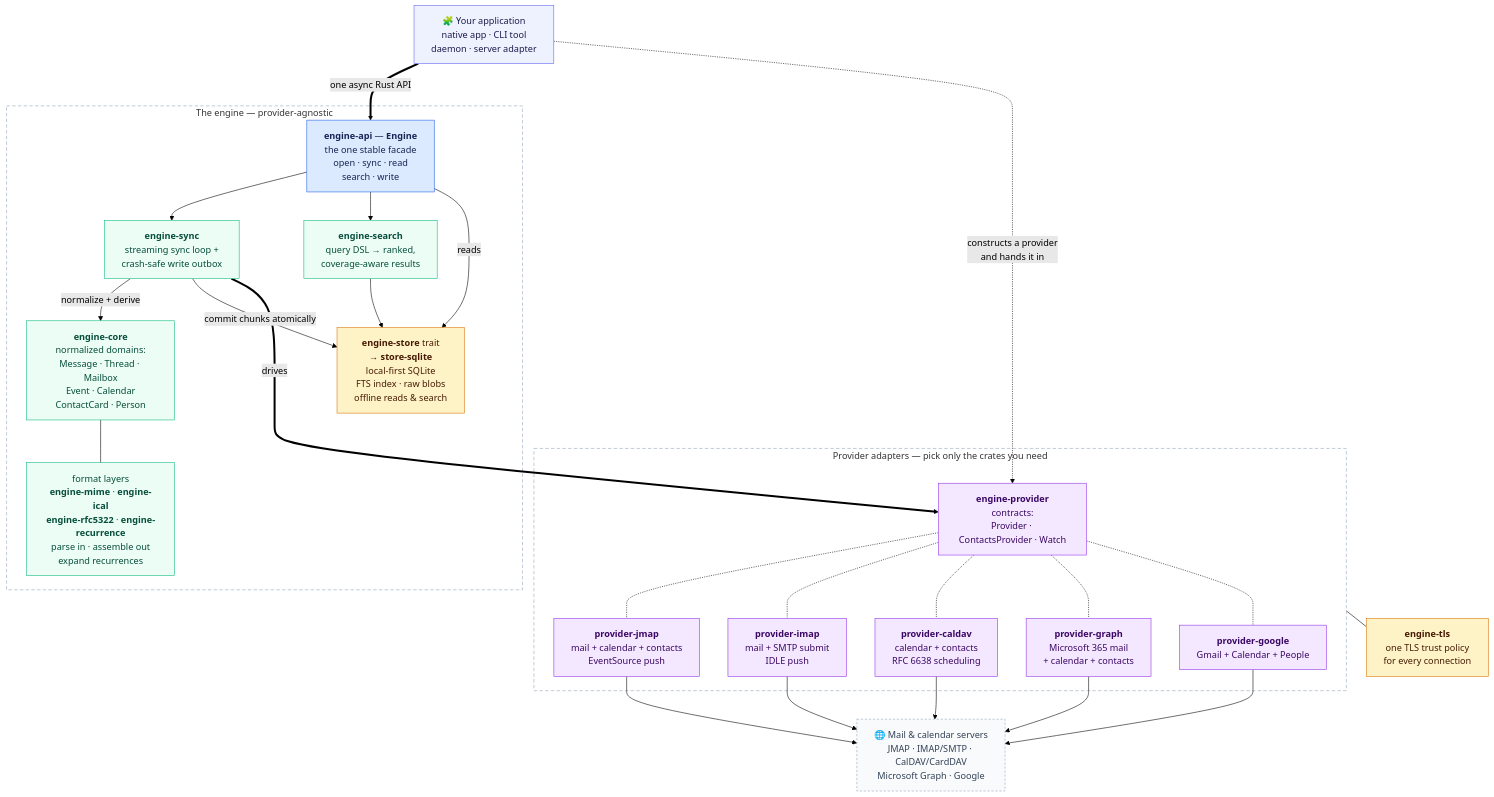
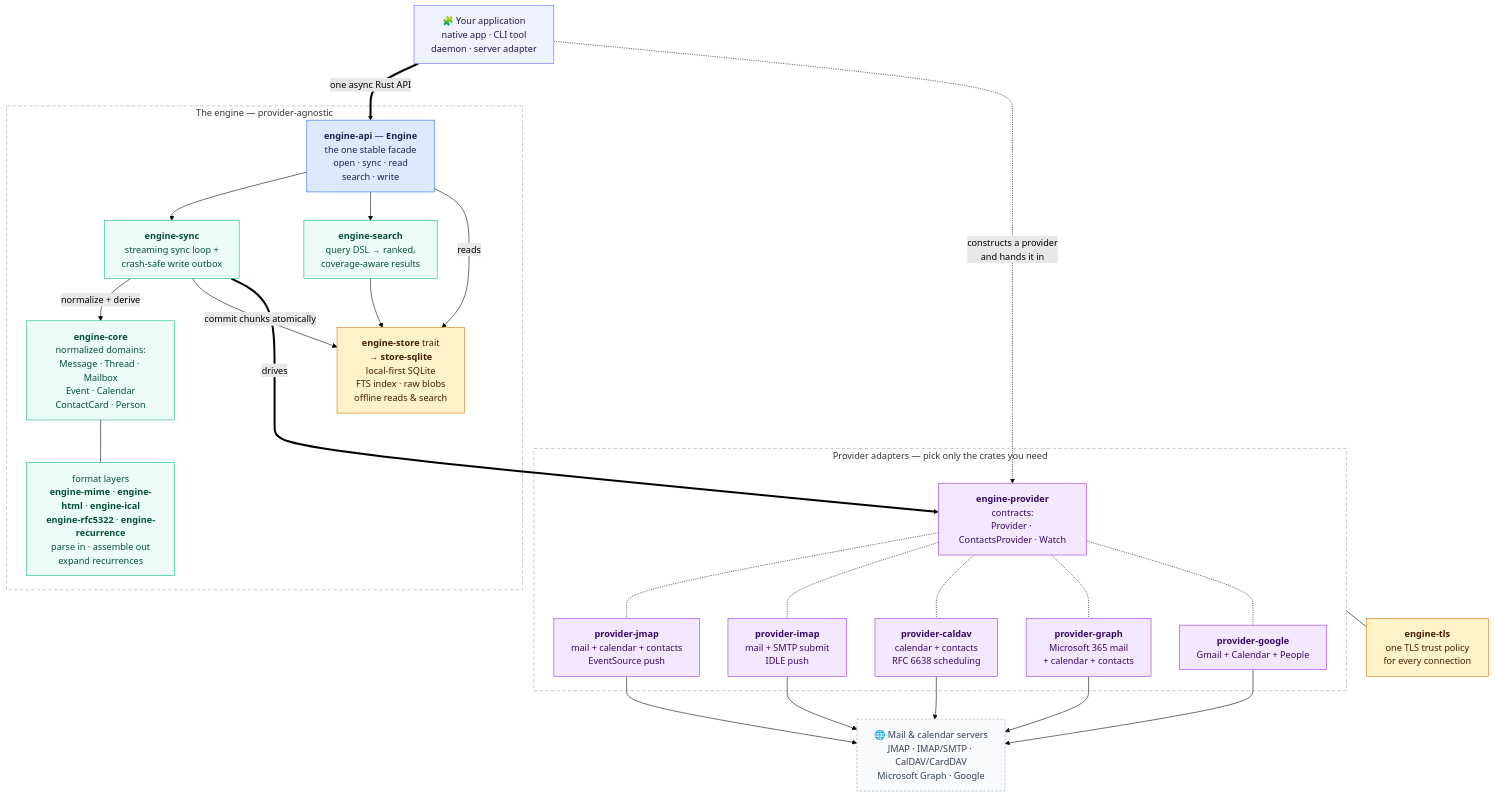
The first of 3 diagrams in README.md (allodia-eu/email-calendar-sync-engine), drawn with Mermaid (forest theme) before and after one commit. The commit also changed other lines of this file and 32 other files, not shown here.

First line of the commit message:
Sanitise mail HTML in the engine, for every host (#354)

````diff
--- a/README.md
+++ b/README.md
@@ -189,66 +189,66 @@
 ```mermaid
 flowchart TD
     HOST["🧩 Your application<br/>native app · CLI tool<br/>daemon · server adapter"]
 
     HOST ==>|"one async Rust API"| API
     HOST -.->|"constructs a provider<br/>and hands it in"| TRAIT
 
     subgraph ENGINE["The engine — provider-agnostic"]
         API["<b>engine-api</b> — <b>Engine</b><br/>the one stable facade<br/>open · sync · read<br/>search · write"]
         SYNC["<b>engine-sync</b><br/>streaming sync loop +<br/>crash-safe write outbox"]
         SEARCH["<b>engine-search</b><br/>query DSL → ranked,<br/>coverage-aware results"]
         MODEL["<b>engine-core</b><br/>normalized domains:<br/>Message · Thread · Mailbox<br/>Event · Calendar<br/>ContactCard · Person"]
-        FORMATS["format layers<br/><b>engine-mime</b> · <b>engine-ical</b><br/><b>engine-rfc5322</b> · <b>engine-recurrence</b><br/>parse in · assemble out<br/>expand recurrences"]
+        FORMATS["format layers<br/><b>engine-mime</b> · <b>engine-html</b> · <b>engine-ical</b><br/><b>engine-rfc5322</b> · <b>engine-recurrence</b><br/>parse in · assemble out<br/>expand recurrences"]
         STORE["<b>engine-store</b> trait<br/>→ <b>store-sqlite</b><br/>local-first SQLite<br/>FTS index · raw blobs<br/>offline reads &amp; search"]
 
         API --> SYNC
         API --> SEARCH
         API -->|reads| STORE
         SYNC -->|normalize + derive| MODEL
         SYNC -->|commit chunks atomically| STORE
         SEARCH --> STORE
         MODEL --- FORMATS
     end
 
     subgraph ADAPTERS["Provider adapters — pick only the crates you need"]
         TRAIT["<b>engine-provider</b><br/>contracts:<br/>Provider · ContactsProvider · Watch"]
         JMAP["<b>provider-jmap</b><br/>mail + calendar + contacts<br/>EventSource push"]
         IMAP["<b>provider-imap</b><br/>mail + SMTP submit<br/>IDLE push"]
         CALDAV["<b>provider-caldav</b><br/>calendar + contacts<br/>RFC 6638 scheduling"]
         GRAPH["<b>provider-graph</b><br/>Microsoft 365 mail<br/>+ calendar + contacts"]
         GOOGLE["<b>provider-google</b><br/>Gmail + Calendar + People"]
 
         TRAIT -.- JMAP
         TRAIT -.- IMAP
         TRAIT -.- CALDAV
         TRAIT -.- GRAPH
         TRAIT -.- GOOGLE
     end
 
     TLS["<b>engine-tls</b><br/>one TLS trust policy<br/>for every connection"]
 
     SYNC ==>|"drives"| TRAIT
     STORE ~~~ TRAIT
     ADAPTERS --- TLS
     JMAP --> SRV["🌐 Mail &amp; calendar servers<br/>JMAP · IMAP/SMTP · CalDAV/CardDAV<br/>Microsoft Graph · Google"]
     IMAP --> SRV
     CALDAV --> SRV
     GRAPH --> SRV
     GOOGLE --> SRV
 
     classDef host fill:#eef2ff,stroke:#6366f1,color:#1e1b4b
     classDef facade fill:#dbeafe,stroke:#2563eb,color:#172554
     classDef internal fill:#ecfdf5,stroke:#10b981,color:#064e3b
     classDef storec fill:#fef3c7,stroke:#d97706,color:#451a03
     classDef adapter fill:#f3e8ff,stroke:#9333ea,color:#3b0764
     classDef external fill:#f8fafc,stroke:#94a3b8,color:#334155,stroke-dasharray: 4 3
 
     class HOST host
     class API facade
     class SYNC,SEARCH,MODEL,FORMATS internal
     class STORE,TLS storec
     class TRAIT,JMAP,IMAP,CALDAV,GRAPH,GOOGLE adapter
     class SRV external
     style ENGINE fill:none,stroke:#94a3b8,stroke-dasharray: 6 4
     style ADAPTERS fill:none,stroke:#94a3b8,stroke-dasharray: 6 4
 ```
````
